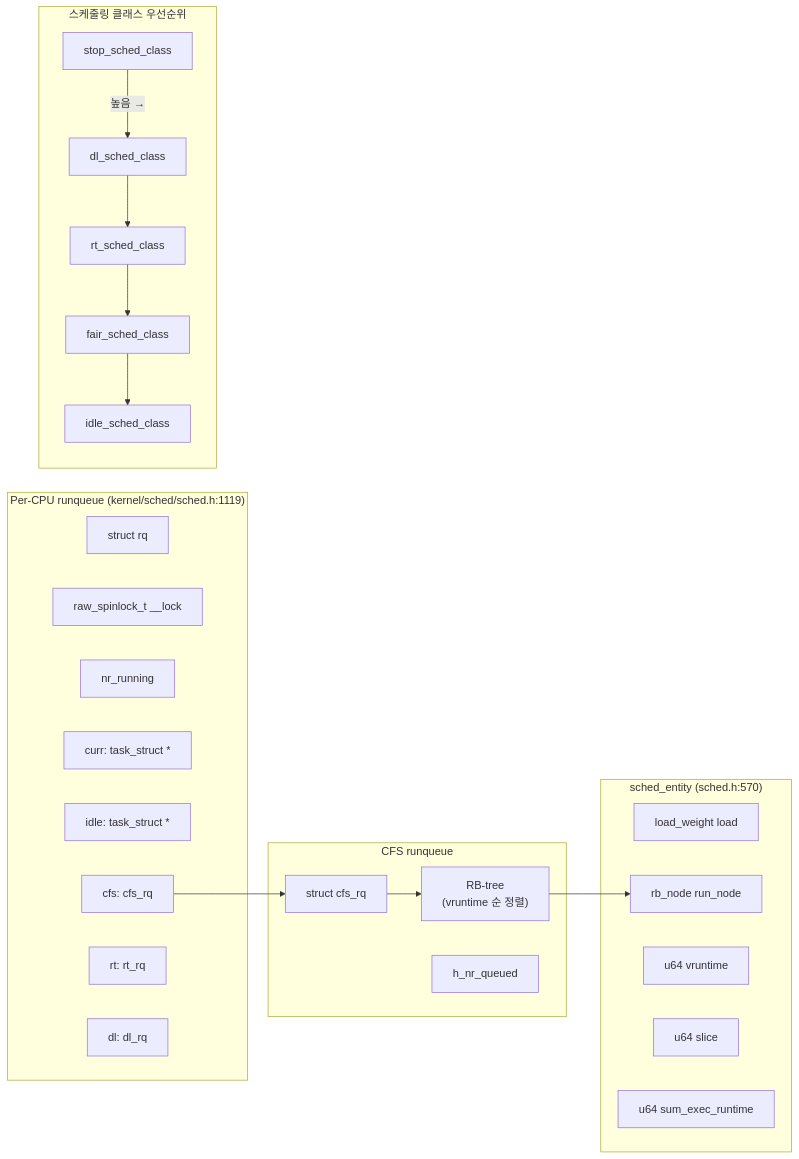
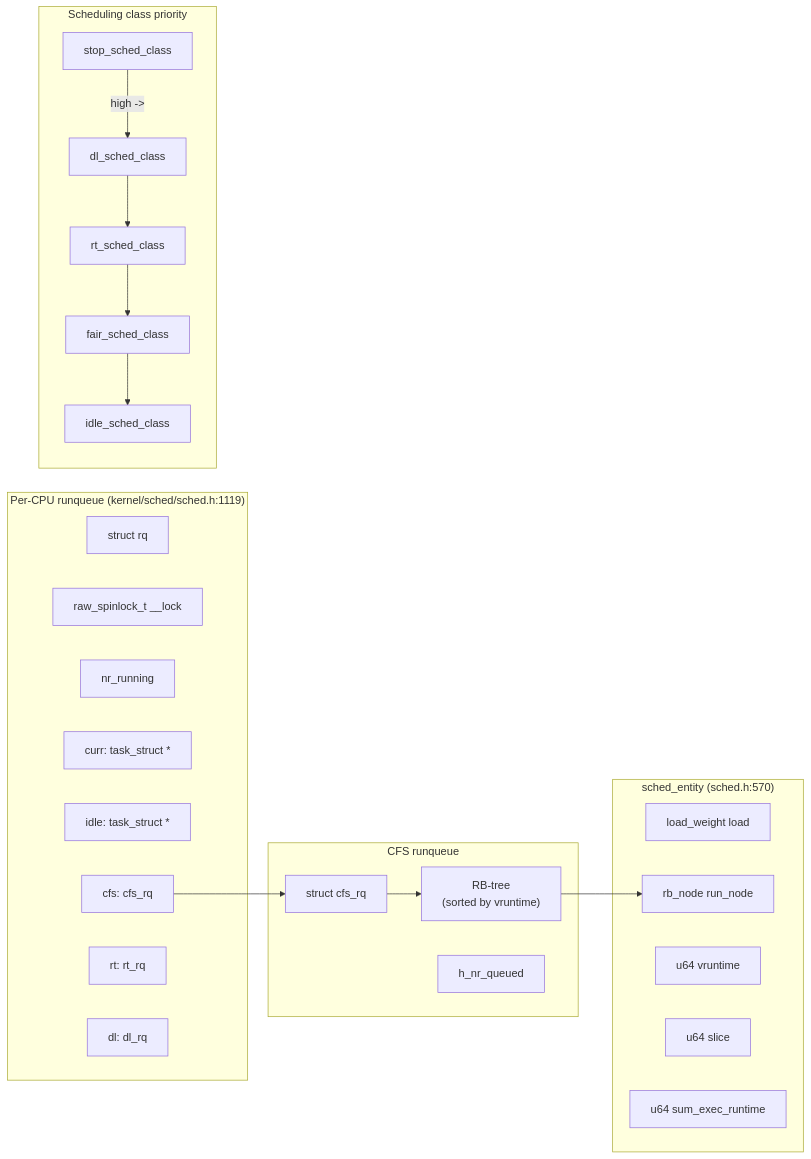
One commit to inineapa/KernelDoc changed the second of 11 diagrams in process.md. Above: the diagram before and after it, drawn with Mermaid. The commit also changed other lines of this file, not shown here.

````diff
--- a/process.md
+++ b/process.md
@@ -44,40 +73,40 @@
 ```mermaid
 graph LR
     subgraph "Per-CPU runqueue (kernel/sched/sched.h:1119)"
         RQ["struct rq"]
         RQ_LOCK["raw_spinlock_t __lock"]
         RQ_NR["nr_running"]
         RQ_CURR["curr: task_struct *"]
         RQ_IDLE["idle: task_struct *"]
         RQ_CFS["cfs: cfs_rq"]
         RQ_RT["rt: rt_rq"]
         RQ_DL["dl: dl_rq"]
     end
 
     subgraph "CFS runqueue"
         CFS_RQ["struct cfs_rq"]
-        CFS_RB["RB-tree<br/>(vruntime 순 정렬)"]
+        CFS_RB["RB-tree<br/>(sorted by vruntime)"]
         CFS_NR["h_nr_queued"]
     end
 
     subgraph "sched_entity (sched.h:570)"
         SE2["load_weight load"]
         SE2_RB["rb_node run_node"]
         SE2_VR["u64 vruntime"]
         SE2_SLICE["u64 slice"]
         SE2_EXEC["u64 sum_exec_runtime"]
     end
 
     RQ_CFS --> CFS_RQ
     CFS_RQ --> CFS_RB
     CFS_RB --> SE2_RB
 
-    subgraph "스케줄링 클래스 우선순위"
+    subgraph "Scheduling class priority"
         SC_STOP["stop_sched_class"]
         SC_DL["dl_sched_class"]
         SC_RT["rt_sched_class"]
         SC_FAIR["fair_sched_class"]
         SC_IDLE["idle_sched_class"]
     end
-    SC_STOP -->|"높음 →"| SC_DL --> SC_RT --> SC_FAIR --> SC_IDLE
+    SC_STOP -->|"high ->"| SC_DL --> SC_RT --> SC_FAIR --> SC_IDLE
 ```
````
